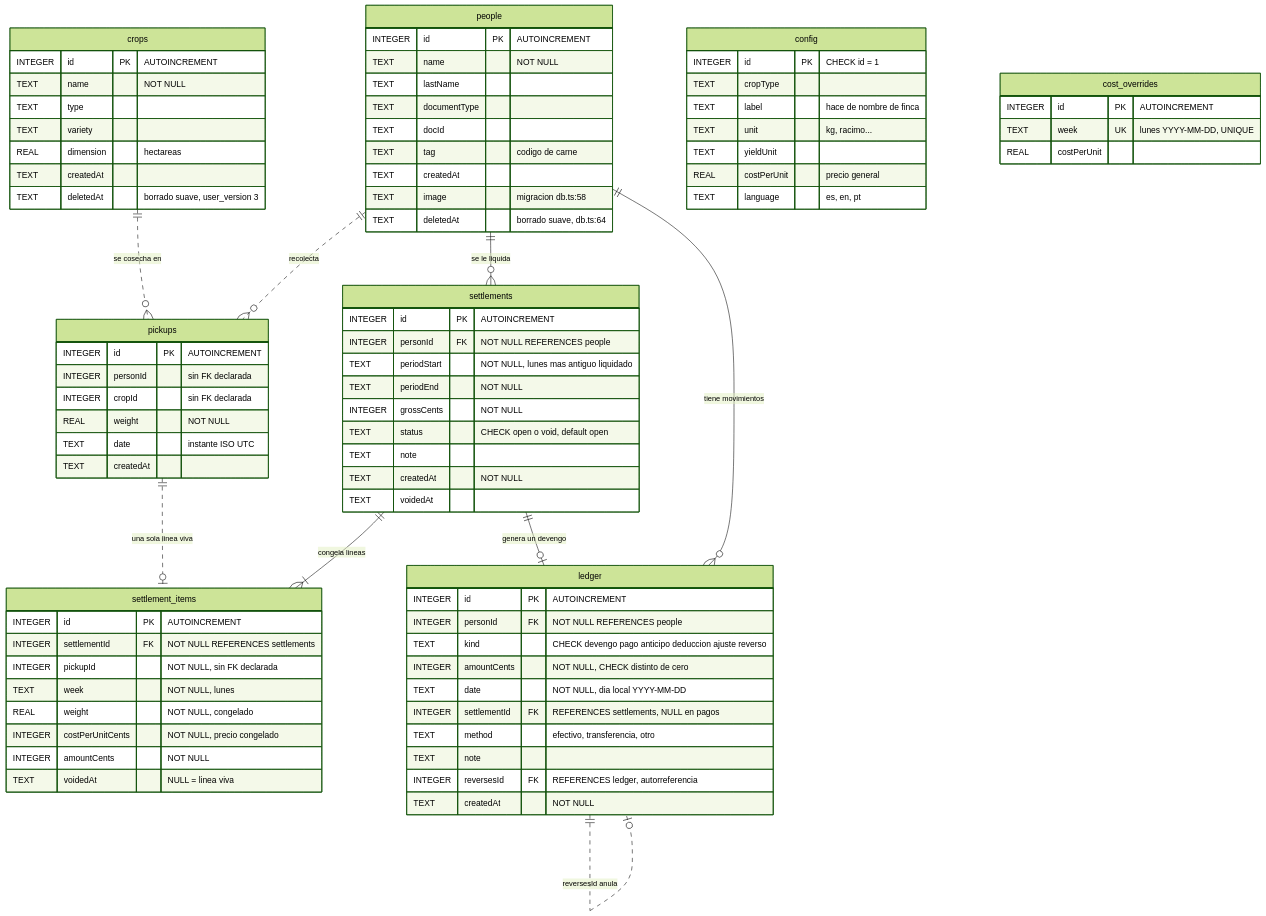
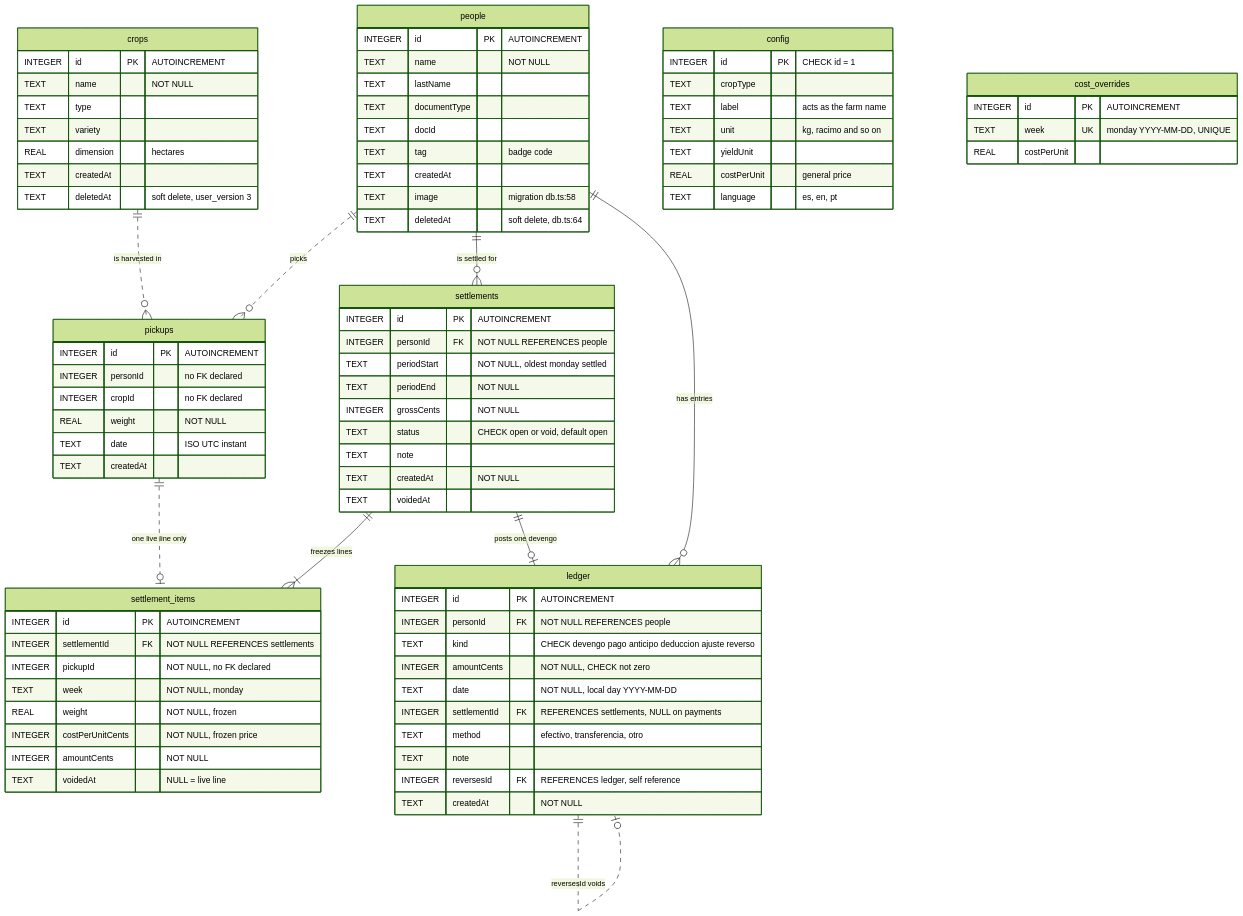
The first of 7 diagrams in docs/diagramas/movil.md (ojardila/bascula), drawn with Mermaid (forest theme) before and after one commit. The commit also changed other lines of this file and 25 other files, not shown here.

````diff
--- a/docs/diagramas/movil.md
+++ b/docs/diagramas/movil.md
@@ -52,10 +52,10 @@
         TEXT lastName
         TEXT documentType
         TEXT docId
-        TEXT tag "codigo de carne"
+        TEXT tag "badge code"
         TEXT createdAt
-        TEXT image "migracion db.ts:58"
-        TEXT deletedAt "borrado suave, db.ts:64"
+        TEXT image "migration db.ts:58"
+        TEXT deletedAt "soft delete, db.ts:64"
     }
 
     crops {
@@ -63,43 +63,43 @@
         TEXT name "NOT NULL"
         TEXT type
         TEXT variety
-        REAL dimension "hectareas"
+        REAL dimension "hectares"
         TEXT createdAt
-        TEXT deletedAt "borrado suave, user_version 3"
+        TEXT deletedAt "soft delete, user_version 3"
     }
 
     pickups {
         INTEGER id PK "AUTOINCREMENT"
-        INTEGER personId "sin FK declarada"
-        INTEGER cropId "sin FK declarada"
+        INTEGER personId "no FK declared"
+        INTEGER cropId "no FK declared"
         REAL weight "NOT NULL"
-        TEXT date "instante ISO UTC"
+        TEXT date "ISO UTC instant"
         TEXT createdAt
     }
 
     config {
         INTEGER id PK "CHECK id = 1"
         TEXT cropType
-        TEXT label "hace de nombre de finca"
-        TEXT unit "kg, racimo..."
+        TEXT label "acts as the farm name"
+        TEXT unit "kg, racimo and so on"
         TEXT yieldUnit
-        REAL costPerUnit "precio general"
+        REAL costPerUnit "general price"
         TEXT language "es, en, pt"
     }
 
     cost_overrides {
         INTEGER id PK "AUTOINCREMENT"
-        TEXT week UK "lunes YYYY-MM-DD, UNIQUE"
+        TEXT week UK "monday YYYY-MM-DD, UNIQUE"
         REAL costPerUnit
     }
 
     settlements {
         INTEGER id PK "AUTOINCREMENT"
         INTEGER personId FK "NOT NULL REFERENCES people"
-        TEXT periodStart "NOT NULL, lunes mas antiguo liquidado"
+        TEXT periodStart "NOT NULL, oldest monday settled"
         TEXT periodEnd "NOT NULL"
         INTEGER grossCents "NOT NULL"
-        TEXT status "CHECK open o void, default open"
+        TEXT status "CHECK open or void, default open"
         TEXT note
         TEXT createdAt "NOT NULL"
         TEXT voidedAt
@@ -108,33 +108,33 @@
     settlement_items {
         INTEGER id PK "AUTOINCREMENT"
         INTEGER settlementId FK "NOT NULL REFERENCES settlements"
-        INTEGER pickupId "NOT NULL, sin FK declarada"
-        TEXT week "NOT NULL, lunes"
-        REAL weight "NOT NULL, congelado"
-        INTEGER costPerUnitCents "NOT NULL, precio congelado"
+        INTEGER pickupId "NOT NULL, no FK declared"
+        TEXT week "NOT NULL, monday"
+        REAL weight "NOT NULL, frozen"
+        INTEGER costPerUnitCents "NOT NULL, frozen price"
         INTEGER amountCents "NOT NULL"
-        TEXT voidedAt "NULL = linea viva"
+        TEXT voidedAt "NULL = live line"
     }
 
     ledger {
         INTEGER id PK "AUTOINCREMENT"
         INTEGER personId FK "NOT NULL REFERENCES people"
         TEXT kind "CHECK devengo pago anticipo deduccion ajuste reverso"
-        INTEGER amountCents "NOT NULL, CHECK distinto de cero"
-        TEXT date "NOT NULL, dia local YYYY-MM-DD"
-        INTEGER settlementId FK "REFERENCES settlements, NULL en pagos"
+        INTEGER amountCents "NOT NULL, CHECK not zero"
+        TEXT date "NOT NULL, local day YYYY-MM-DD"
+        INTEGER settlementId FK "REFERENCES settlements, NULL on payments"
         TEXT method "efectivo, transferencia, otro"
         TEXT note
-        INTEGER reversesId FK "REFERENCES ledger, autorreferencia"
+        INTEGER reversesId FK "REFERENCES ledger, self reference"
         TEXT createdAt "NOT NULL"
     }
 
-    people ||..o{ pickups : "recolecta"
-    crops  ||..o{ pickups : "se cosecha en"
-    people ||--o{ settlements : "se le liquida"
-    people ||--o{ ledger : "tiene movimientos"
-    settlements ||--|{ settlement_items : "congela lineas"
-    pickups ||..o| settlement_items : "una sola linea viva"
-    settlements ||--o| ledger : "genera un devengo"
-    ledger ||..o| ledger : "reversesId anula"
+    people ||..o{ pickups : "picks"
+    crops  ||..o{ pickups : "is harvested in"
+    people ||--o{ settlements : "is settled for"
+    people ||--o{ ledger : "has entries"
+    settlements ||--|{ settlement_items : "freezes lines"
+    pickups ||..o| settlement_items : "one live line only"
+    settlements ||--o| ledger : "posts one devengo"
+    ledger ||..o| ledger : "reversesId voids"
 ```
````
